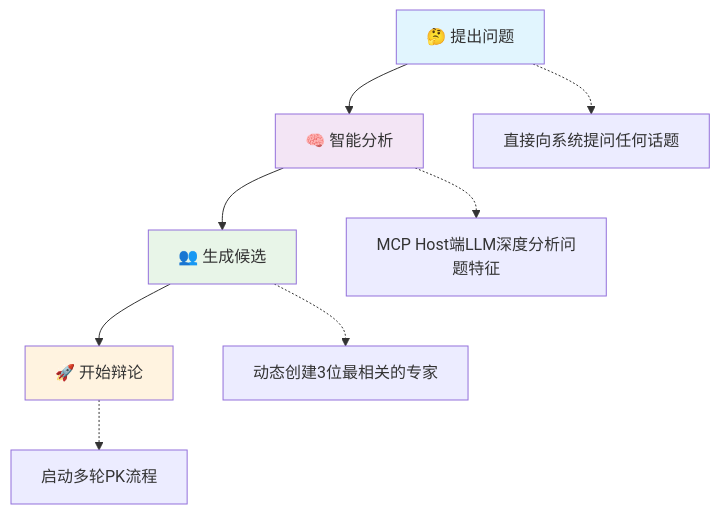
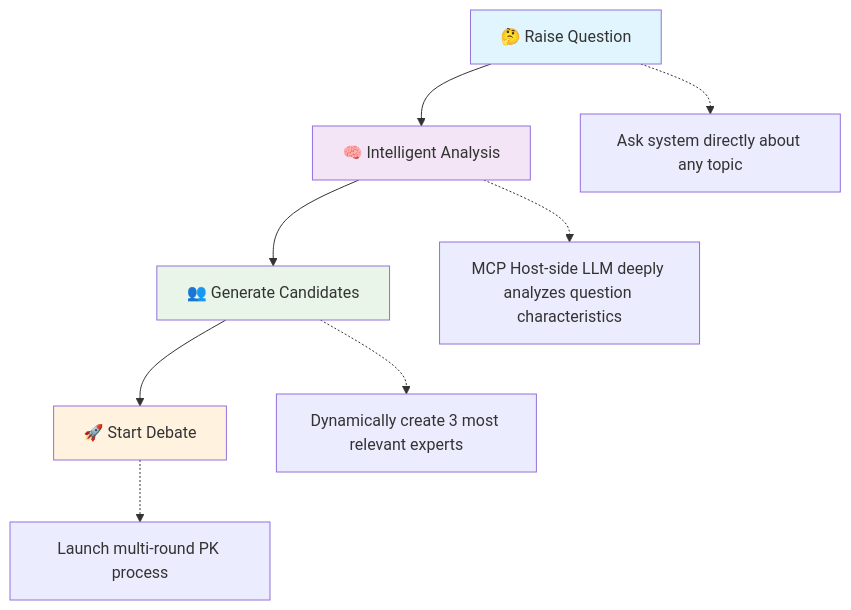
The first of 2 diagrams in README.md (MitsudoAI/guru-pk-mcp), drawn with Mermaid before and after one commit. The commit also changed other lines of this file and 2 other files, not shown here.

````diff
--- a/README.md
+++ b/README.md
@@ -162,21 +168,21 @@
 ```mermaid
 flowchart TD
-    A[🤔 提出问题] --> B[🧠 智能分析]
-    B --> C[👥 生成候选]
-    C --> D[🚀 开始辩论]
+    A[🤔 Raise Question] --> B[🧠 Intelligent Analysis]
+    B --> C[👥 Generate Candidates]
+    C --> D[🚀 Start Debate]
     
-    A1[直接向系统提问任何话题]
-    B1[MCP Host端LLM深度分析问题特征]
-    C1[动态创建3位最相关的专家]
-    D1[启动多轮PK流程]
+    A1[Ask system directly about any topic]
+    B1[MCP Host-side LLM deeply analyzes question characteristics]
+    C1[Dynamically create 3 most relevant experts]
+    D1[Launch multi-round PK process]
     
     A -.-> A1
     B -.-> B1
     C -.-> C1
     D -.-> D1
     
     style A fill:#e1f5fe
     style B fill:#f3e5f5
     style C fill:#e8f5e8
     style D fill:#fff3e0
 ```
````
